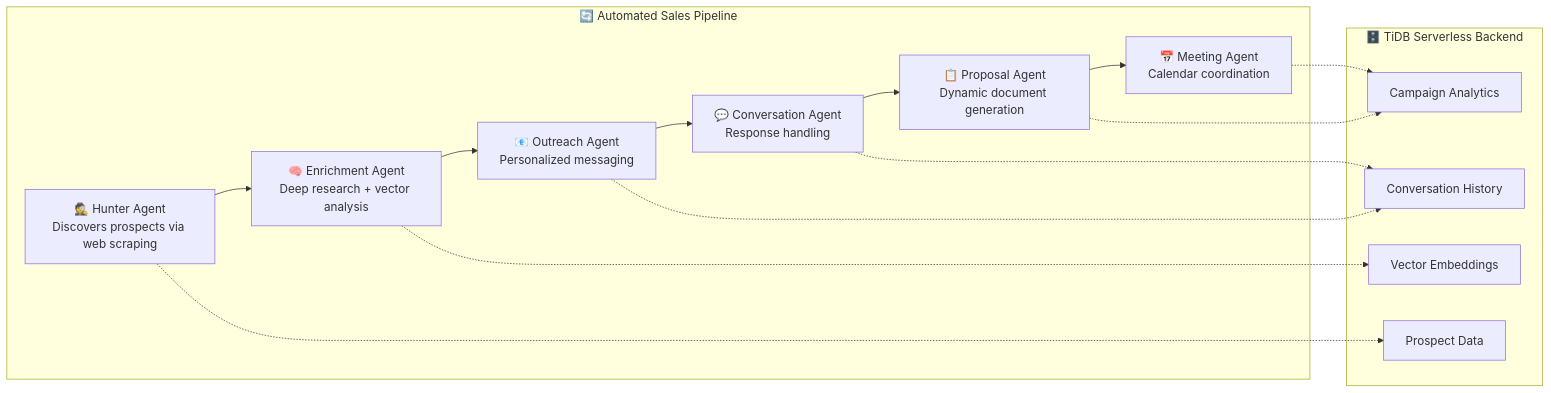
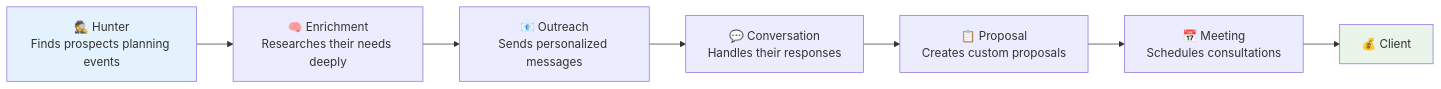
One commit to victorbash400/Rainmaker changed the diagram in README.md. Above: the diagram before and after it, drawn with Mermaid. The commit also changed other lines of this file, not shown here.

````diff
--- a/README.md
+++ b/README.md
@@ -71,27 +36,12 @@
 ```mermaid
 graph LR
-    subgraph "🔄 Automated Sales Pipeline"
-        A[🕵️ Hunter Agent<br/>Discovers prospects via web scraping]
-        B[🧠 Enrichment Agent<br/>Deep research + vector analysis]
-        C[📧 Outreach Agent<br/>Personalized messaging]
-        D[💬 Conversation Agent<br/>Response handling]
-        E[📋 Proposal Agent<br/>Dynamic document generation]
-        F[📅 Meeting Agent<br/>Calendar coordination]
-    end
+    A[🕵️ Hunter<br/>Finds prospects planning events] --> B[🧠 Enrichment<br/>Researches their needs deeply]
+    B --> C[📧 Outreach<br/>Sends personalized messages]
+    C --> D[💬 Conversation<br/>Handles their responses]
+    D --> E[📋 Proposal<br/>Creates custom proposals]
+    E --> F[📅 Meeting<br/>Schedules consultations]
+    F --> G[💰 Client]
     
-    A --> B --> C --> D --> E --> F
-    
-    subgraph "🗄️ TiDB Serverless Backend"
-        G[Vector Embeddings]
-        H[Prospect Data]
-        I[Conversation History]
-        J[Campaign Analytics]
-    end
-    
-    A -.-> H
-    B -.-> G
-    C -.-> I
-    D -.-> I
-    E -.-> J
-    F -.-> J
+    style A fill:#e3f2fd
+    style G fill:#e8f5e8
 ```
````
